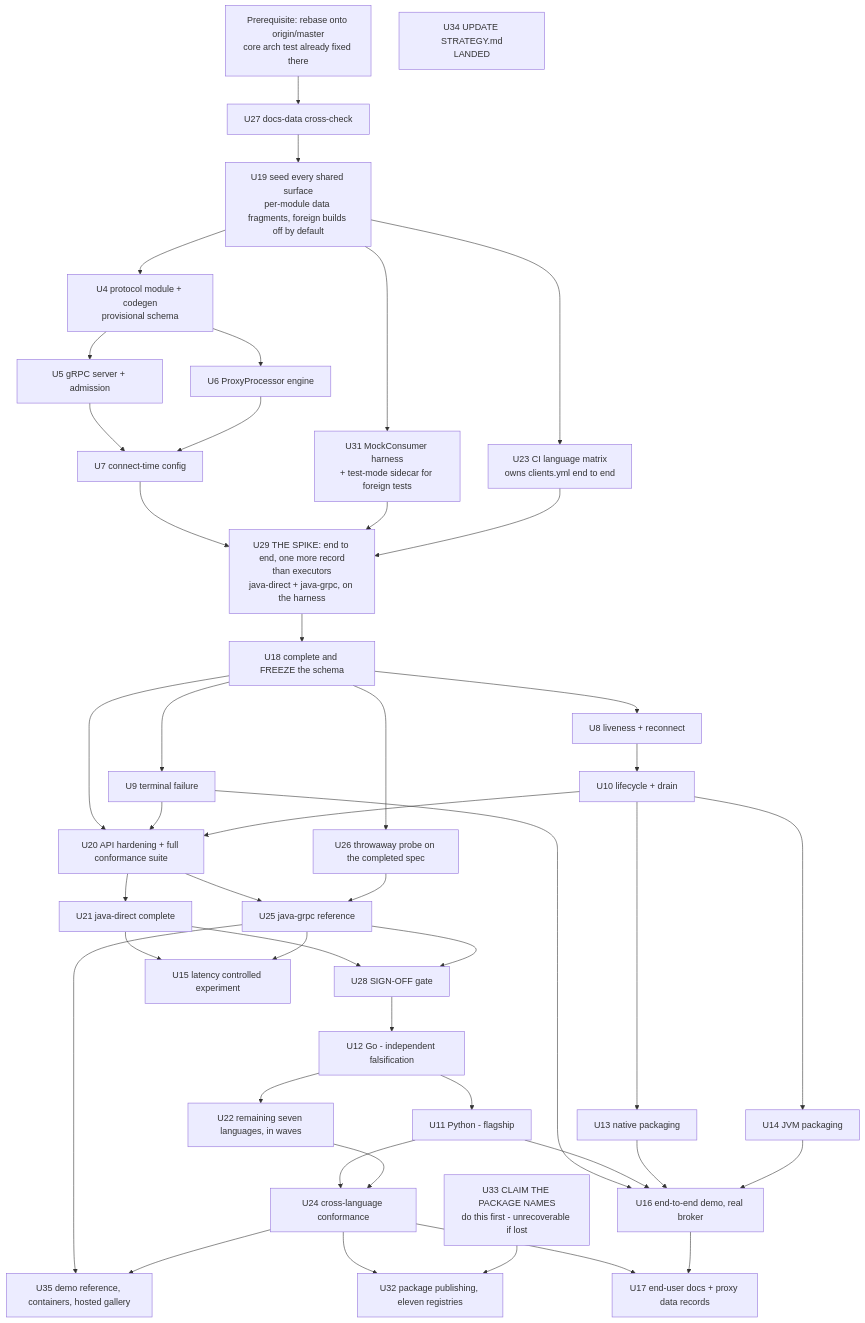
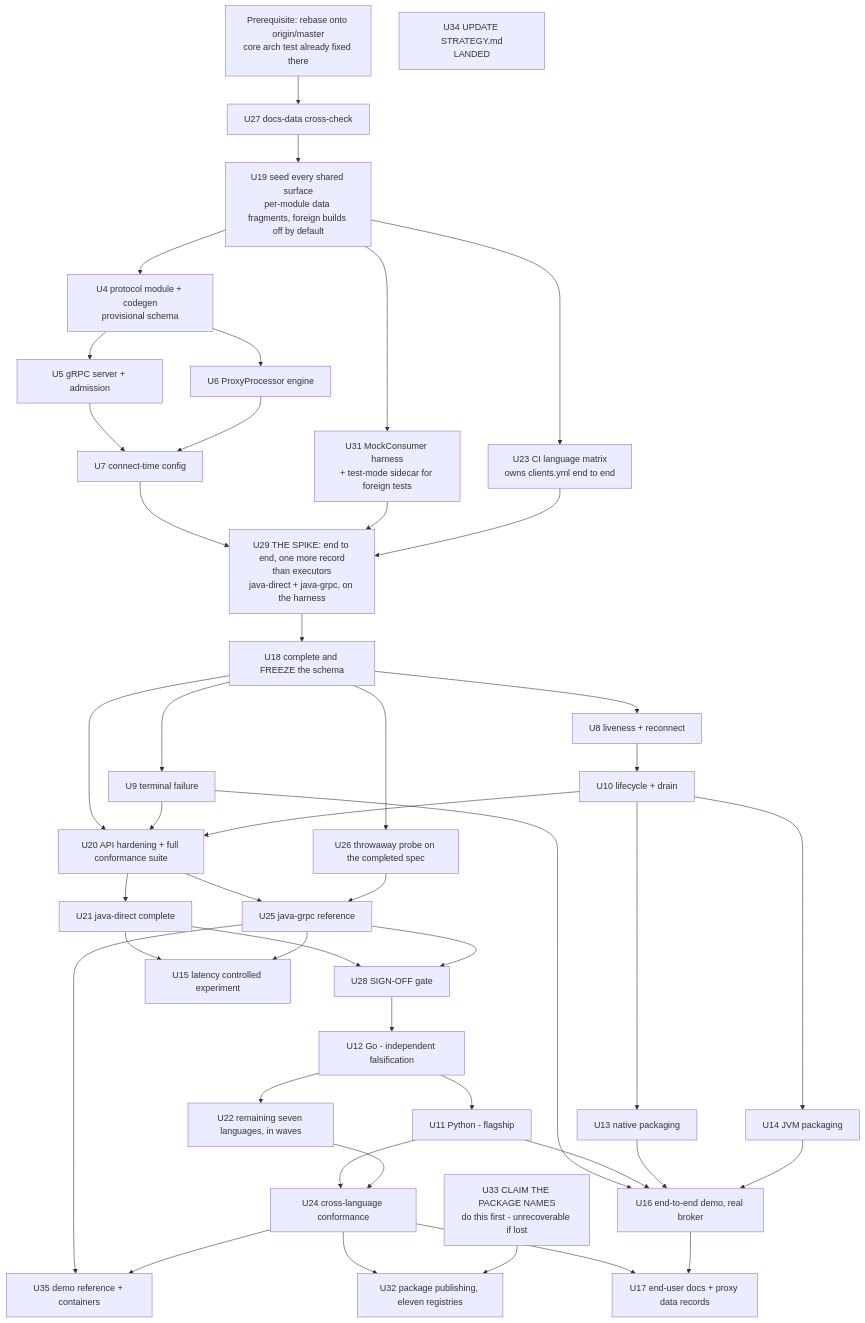
Before and after one commit to astubbs/parallel-consumer: the seventh of 7 diagrams in docs/plans/2026-08-14-001-feat-language-proxy-plan.md, drawn with Mermaid. The commit also changed other lines of this file and 1 other file, not shown here.

````diff
--- a/docs/plans/2026-08-14-001-feat-language-proxy-plan.md
+++ b/docs/plans/2026-08-14-001-feat-language-proxy-plan.md
@@ -636,49 +644,49 @@
 ```mermaid
 flowchart TB
   U33["U33 CLAIM THE PACKAGE NAMES<br/>do this first - unrecoverable if lost"]
   rebase["Prerequisite: rebase onto origin/master<br/>core arch test already fixed there"] --> U27["U27 docs-data cross-check"]
   U27 --> U19["U19 seed every shared surface<br/>per-module data fragments, foreign builds off by default"]
   U19 --> U23["U23 CI language matrix<br/>owns clients.yml end to end"]
   U19 --> U4["U4 protocol module + codegen<br/>provisional schema"]
   U19 --> U31["U31 MockConsumer harness<br/>+ test-mode sidecar for foreign tests"]
   U4 --> U5["U5 gRPC server + admission"]
   U4 --> U6["U6 ProxyProcessor engine"]
   U5 --> U7["U7 connect-time config"]
   U6 --> U7
   U7 --> U29["U29 THE SPIKE: end to end, one more record<br/>than executors<br/>java-direct + java-grpc, on the harness"]
   U31 --> U29
   U23 --> U29
   U29 --> U18["U18 complete and FREEZE the schema"]
   U18 --> U8["U8 liveness + reconnect"]
   U18 --> U9["U9 terminal failure"]
   U18 --> U26["U26 throwaway probe on the completed spec"]
   U18 --> U20["U20 API hardening + full conformance suite"]
   U8 --> U10["U10 lifecycle + drain"]
   U9 --> U20
   U10 --> U20
   U10 --> U13["U13 native packaging"]
   U10 --> U14["U14 JVM packaging"]
   U20 --> U21["U21 java-direct complete"]
   U20 --> U25["U25 java-grpc reference"]
   U26 --> U25
   U21 --> U28["U28 SIGN-OFF gate"]
   U25 --> U28
   U28 --> U12["U12 Go - independent falsification"]
   U12 --> U11["U11 Python - flagship"]
   U12 --> U22["U22 remaining seven languages, in waves"]
   U11 --> U24["U24 cross-language conformance"]
   U22 --> U24
   U21 --> U15["U15 latency controlled experiment"]
   U25 --> U15
   U9 --> U16["U16 end-to-end demo, real broker"]
   U11 --> U16
   U13 --> U16
   U14 --> U16
   U24 --> U17["U17 end-user docs + proxy data records"]
   U16 --> U17
   U24 --> U32["U32 package publishing, eleven registries"]
   U33 --> U32
   U34["U34 UPDATE STRATEGY.md<br/>LANDED"]
-  U25 --> U35["U35 demo reference, containers, hosted gallery"]
+  U25 --> U35["U35 demo reference + containers"]
   U24 --> U35
 ```
````
